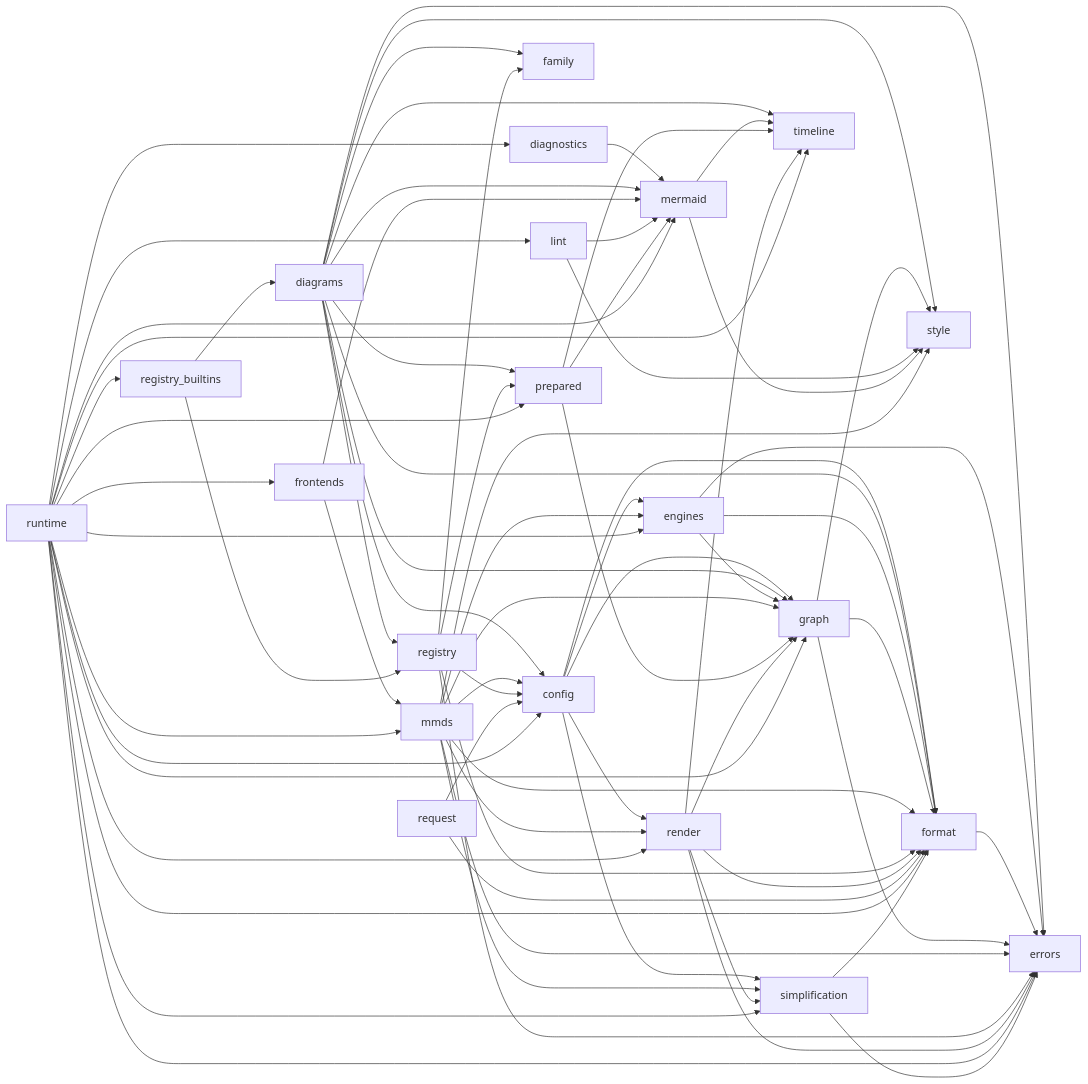
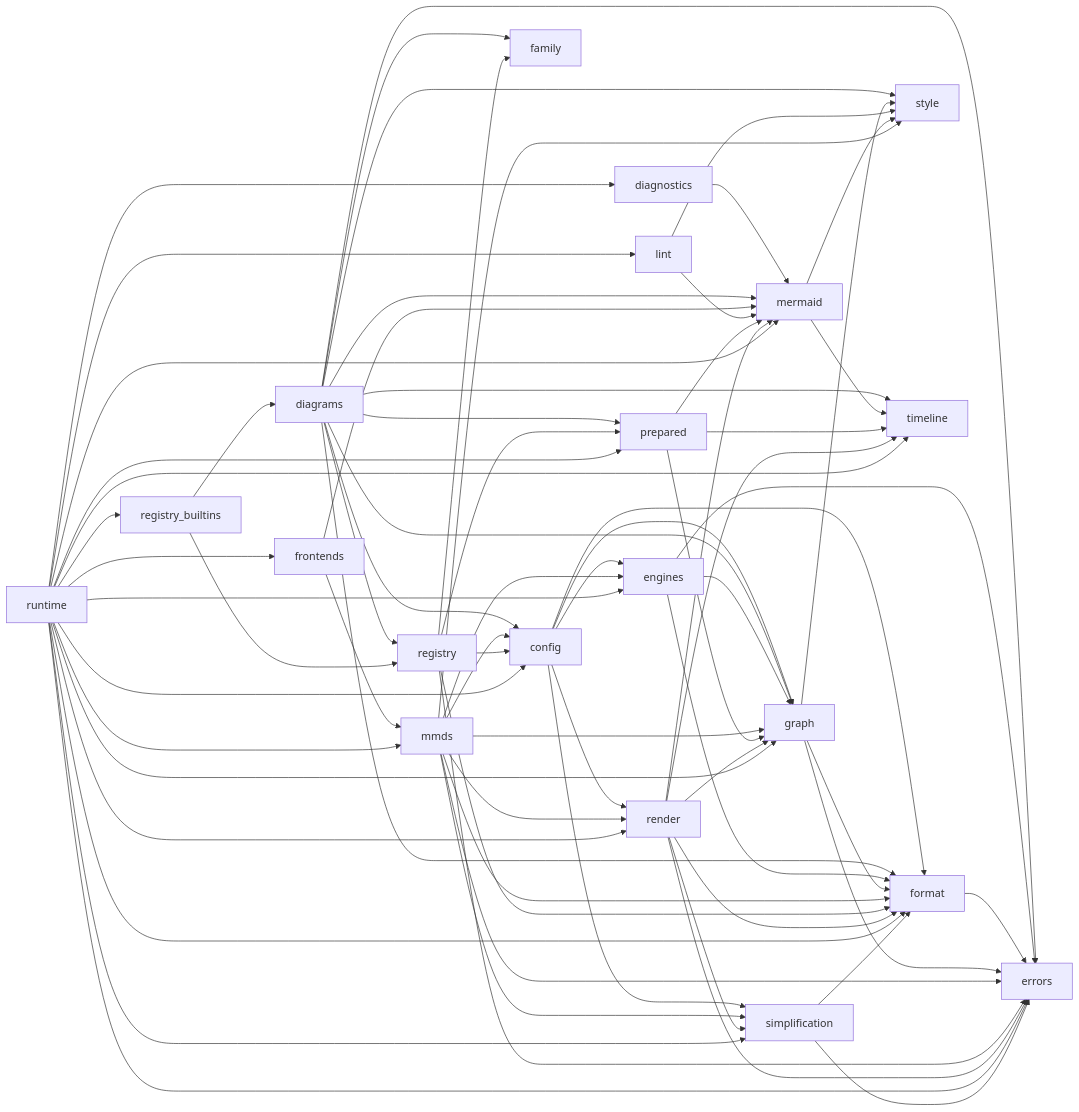
One commit to kevinswiber/mmdflux changed the diagram in docs/architecture/module-dependency-map.mmd. Above: the diagram before and after it, drawn with Mermaid. The commit also changed 11 other files, not shown here.

```diff
--- a/docs/architecture/module-dependency-map.mmd
+++ b/docs/architecture/module-dependency-map.mmd
@@ -1,96 +1,94 @@
 %% Generated by scripts/generate-rust-module-deps.py
 %% crate-root: src/lib.rs
 %% max-depth: 1
 flowchart LR
     mod_config["config"]
     mod_diagnostics["diagnostics"]
     mod_diagrams["diagrams"]
     mod_engines["engines"]
     mod_errors["errors"]
     mod_family["family"]
     mod_format["format"]
     mod_frontends["frontends"]
     mod_graph["graph"]
     mod_lint["lint"]
     mod_mermaid["mermaid"]
     mod_mmds["mmds"]
     mod_prepared["prepared"]
     mod_registry["registry"]
     mod_registry_builtins["registry_builtins"]
     mod_render["render"]
-    mod_request["request"]
     mod_runtime["runtime"]
     mod_simplification["simplification"]
     mod_style["style"]
     mod_timeline["timeline"]
     mod_config --> mod_engines
     mod_config --> mod_format
     mod_config --> mod_graph
     mod_config --> mod_render
     mod_config --> mod_simplification
     mod_diagnostics --> mod_mermaid
     mod_diagrams --> mod_config
     mod_diagrams --> mod_errors
     mod_diagrams --> mod_family
     mod_diagrams --> mod_format
     mod_diagrams --> mod_graph
     mod_diagrams --> mod_mermaid
     mod_diagrams --> mod_prepared
     mod_diagrams --> mod_registry
     mod_diagrams --> mod_style
     mod_diagrams --> mod_timeline
     mod_engines --> mod_errors
     mod_engines --> mod_format
     mod_engines --> mod_graph
     mod_format --> mod_errors
     mod_frontends --> mod_mermaid
     mod_frontends --> mod_mmds
     mod_graph --> mod_errors
     mod_graph --> mod_format
     mod_graph --> mod_style
     mod_lint --> mod_mermaid
     mod_lint --> mod_style
     mod_mermaid --> mod_style
     mod_mermaid --> mod_timeline
     mod_mmds --> mod_config
     mod_mmds --> mod_engines
     mod_mmds --> mod_errors
     mod_mmds --> mod_format
     mod_mmds --> mod_graph
     mod_mmds --> mod_render
     mod_mmds --> mod_simplification
     mod_mmds --> mod_style
     mod_prepared --> mod_graph
     mod_prepared --> mod_mermaid
     mod_prepared --> mod_timeline
     mod_registry --> mod_config
     mod_registry --> mod_errors
     mod_registry --> mod_family
     mod_registry --> mod_format
     mod_registry --> mod_prepared
     mod_registry_builtins --> mod_diagrams
     mod_registry_builtins --> mod_registry
     mod_render --> mod_errors
     mod_render --> mod_format
     mod_render --> mod_graph
+    mod_render --> mod_mermaid
     mod_render --> mod_simplification
     mod_render --> mod_timeline
-    mod_request --> mod_config
-    mod_request --> mod_format
     mod_runtime --> mod_config
     mod_runtime --> mod_diagnostics
     mod_runtime --> mod_engines
     mod_runtime --> mod_errors
     mod_runtime --> mod_format
     mod_runtime --> mod_frontends
     mod_runtime --> mod_graph
     mod_runtime --> mod_lint
     mod_runtime --> mod_mermaid
     mod_runtime --> mod_mmds
     mod_runtime --> mod_prepared
     mod_runtime --> mod_registry_builtins
     mod_runtime --> mod_render
     mod_runtime --> mod_simplification
     mod_runtime --> mod_timeline
     mod_simplification --> mod_errors
     mod_simplification --> mod_format
```
